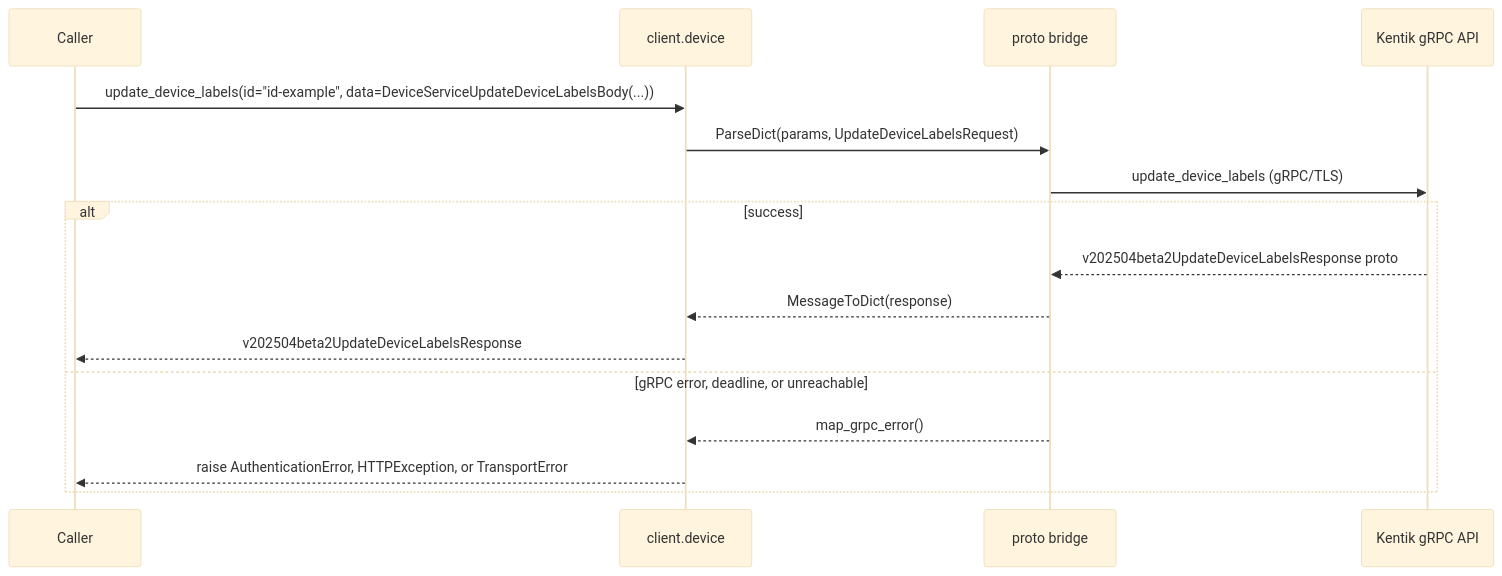
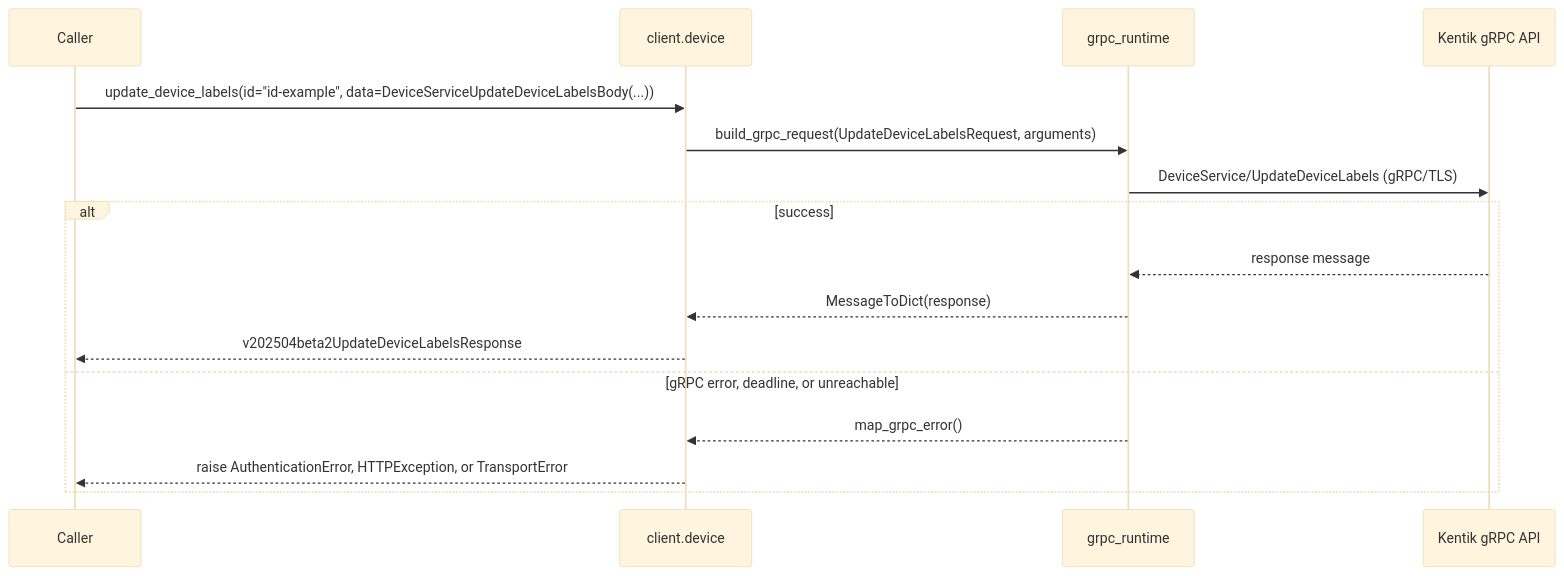
Before and after one commit to alexdearaujo/community_sdk_python: diagram 21 of 22 in docs/sphinx/services/device.md, drawn with Mermaid (base theme). The commit also changed other lines of this file and 37 other files, not shown here.

First line of the commit message:
docs: show the real RPC in each service page's gRPC diagram

````diff
--- a/docs/sphinx/services/device.md
+++ b/docs/sphinx/services/device.md
@@ -746,19 +746,19 @@
 ```mermaid
 sequenceDiagram
     participant C as Caller
     participant W as client.device
-    participant B as proto bridge
+    participant R as grpc_runtime
     participant API as Kentik gRPC API
 
     C->>W: update_device_labels(id="id-example", data=DeviceServiceUpdateDeviceLabelsBody(...))
-    W->>B: ParseDict(params, UpdateDeviceLabelsRequest)
-    B->>API: update_device_labels (gRPC/TLS)
+    W->>R: build_grpc_request(UpdateDeviceLabelsRequest, arguments)
+    R->>API: DeviceService/UpdateDeviceLabels (gRPC/TLS)
     alt success
-        API-->>B: v202504beta2UpdateDeviceLabelsResponse proto
-        B-->>W: MessageToDict(response)
+        API-->>R: response message
+        R-->>W: MessageToDict(response)
         W-->>C: v202504beta2UpdateDeviceLabelsResponse
     else gRPC error, deadline, or unreachable
-        B-->>W: map_grpc_error()
+        R-->>W: map_grpc_error()
         W-->>C: raise AuthenticationError, HTTPException, or TransportError
     end
 ```
````
